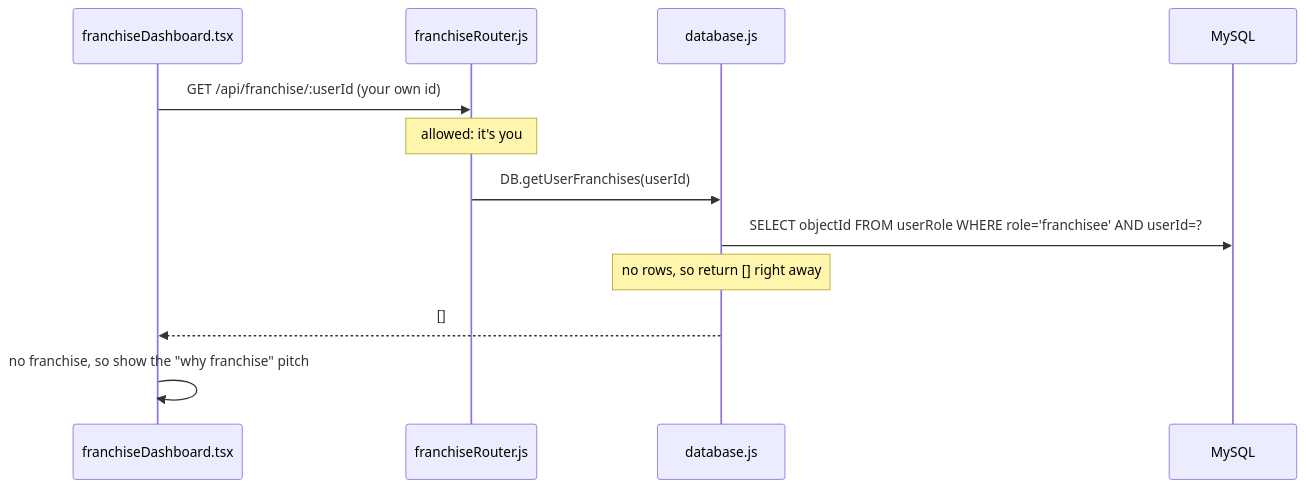
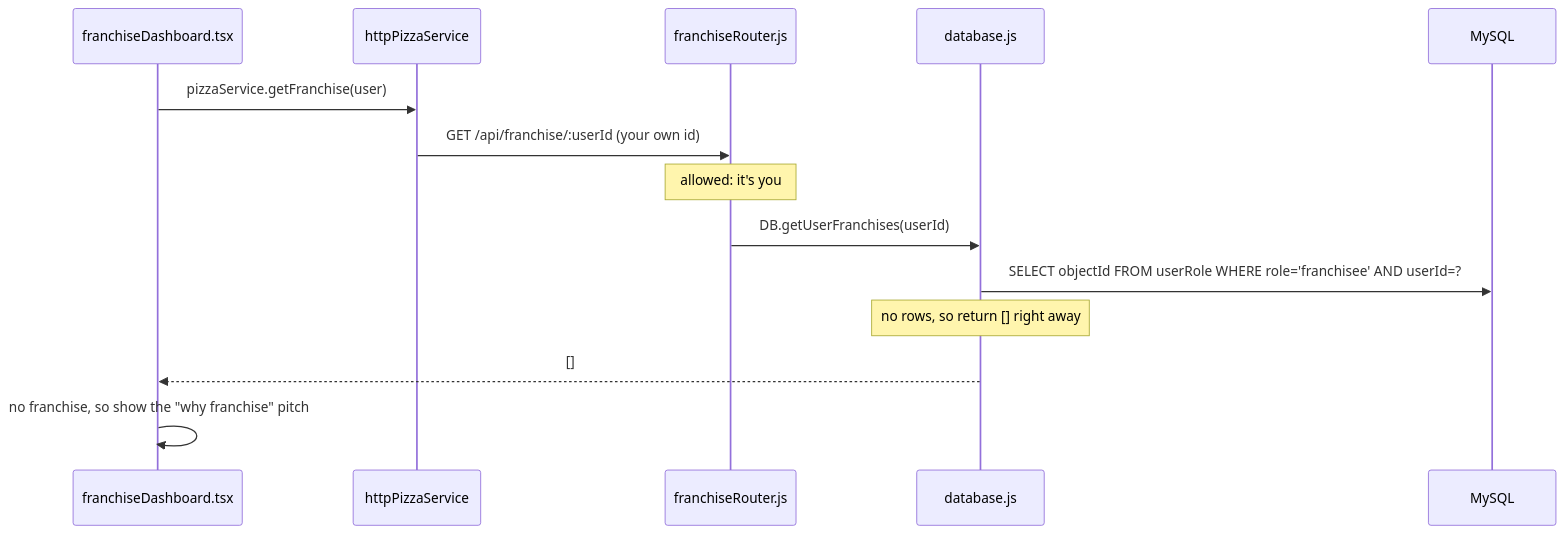
One commit to joshuajob-cs/jwt-pizza changed diagram 12 of 18 in docs/flows.md. Above: the diagram before and after it, drawn with Mermaid. The commit also changed other lines of this file, not shown here.

Commit message:
refactor(docs): draw every layer consistently in flows.md

````diff
--- a/docs/flows.md
+++ b/docs/flows.md
@@ -224,14 +308,16 @@
 ```mermaid
 sequenceDiagram
   participant V as franchiseDashboard.tsx
+  participant S as httpPizzaService
   participant R as franchiseRouter.js
   participant D as database.js
   participant M as MySQL
-  V->>R: GET /api/franchise/:userId  (your own id)
+  V->>S: pizzaService.getFranchise(user)
+  S->>R: GET /api/franchise/:userId  (your own id)
   Note over R: allowed: it's you
   R->>D: DB.getUserFranchises(userId)
   D->>M: SELECT objectId FROM userRole WHERE role='franchisee' AND userId=?
   Note over D: no rows, so return [] right away
   D-->>V: []
   V->>V: no franchise, so show the "why franchise" pitch
 ```
````
